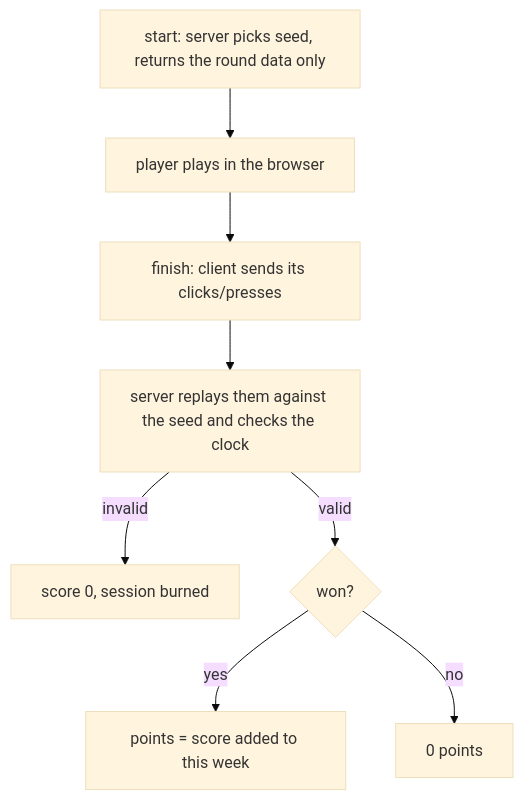
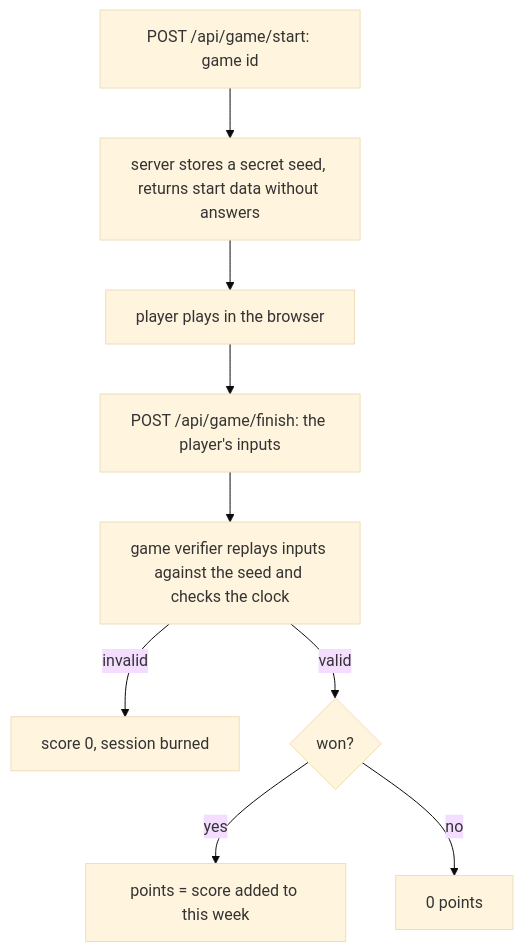
One commit to davide963-ux/cr-gr changed the third of 4 diagrams in README.md. Above: the diagram before and after it, drawn with Mermaid (base theme). The commit also changed other lines of this file and 17 other files, not shown here.

````diff
--- a/README.md
+++ b/README.md
@@ -36,10 +31,11 @@
 ```mermaid
 flowchart TD
-  S[start: server picks seed, returns the round data only] --> P[player plays in the browser]
-  P --> F[finish: client sends its clicks/presses]
-  F --> V[server replays them against the seed and checks the clock]
+  S[POST /api/game/start: game id] --> SEED[server stores a secret seed, returns start data without answers]
+  SEED --> P[player plays in the browser]
+  P --> F[POST /api/game/finish: the player's inputs]
+  F --> V[game verifier replays inputs against the seed and checks the clock]
   V -- invalid --> Z[score 0, session burned]
   V -- valid --> W{won?}
   W -- yes --> PTS[points = score added to this week]
   W -- no --> N[0 points]
 ```
````
